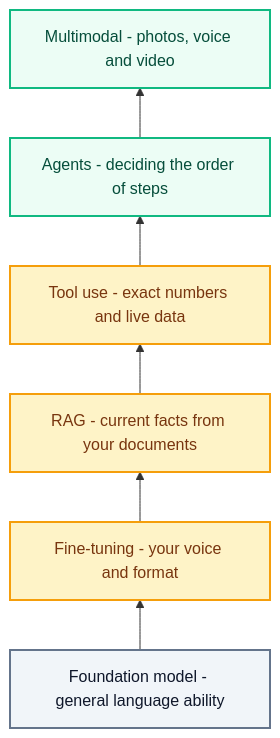
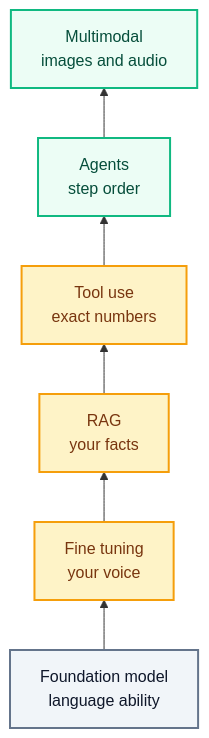
The first of 3 diagrams in modules/m2-introduction-to-ai-systems/unit-m2-2-the-2026-ai-stack.md (VishnuKumpati/Python-foundations), drawn with Mermaid before and after one commit. The commit also changed other lines of this file, not shown here.

````diff
--- a/modules/m2-introduction-to-ai-systems/unit-m2-2-the-2026-ai-stack.md
+++ b/modules/m2-introduction-to-ai-systems/unit-m2-2-the-2026-ai-stack.md
@@ -11,16 +20,16 @@
 ```mermaid
 flowchart BT
-    F[Foundation model - general language ability] --> A[Fine-tuning - your voice and format]
-    A --> B[RAG - current facts from your documents]
-    B --> C[Tool use - exact numbers and live data]
-    C --> D[Agents - deciding the order of steps]
-    D --> E[Multimodal - photos, voice and video]
+    F[Foundation model<br/>language ability] --> A[Fine tuning<br/>your voice]
+    A --> B[RAG<br/>your facts]
+    B --> C[Tool use<br/>exact numbers]
+    C --> D[Agents<br/>step order]
+    D --> E[Multimodal<br/>images and audio]
 
     classDef base fill:#F1F5F9,stroke:#64748B,stroke-width:2px,color:#0F172A
     classDef mid fill:#FEF3C7,stroke:#F59E0B,stroke-width:2px,color:#78350F
     classDef top fill:#ECFDF5,stroke:#10B981,stroke-width:2px,color:#064E3B
 
     class F base
     class A,B,C mid
     class D,E top
 ```
````
